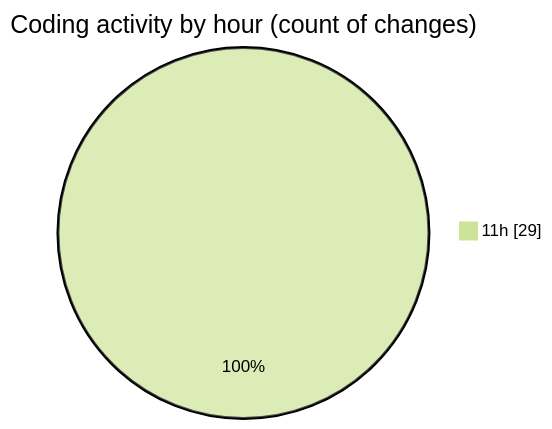
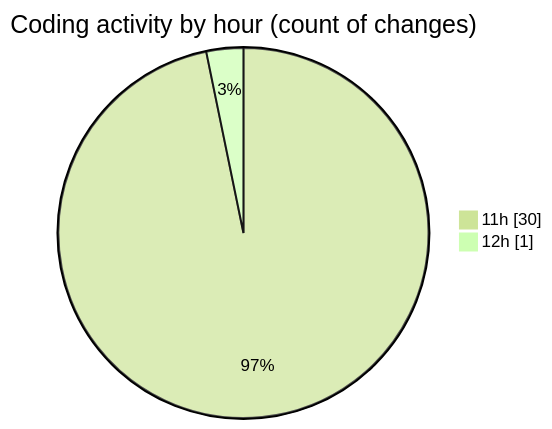
The second of 2 diagrams in 2025-08-25/studybuddy/README.md (lephambinh05/code-tracking), drawn with Mermaid (forest theme) before and after one commit. The commit also changed other lines of this file and 1 other file, not shown here.

````diff
--- a/2025-08-25/studybuddy/README.md
+++ b/2025-08-25/studybuddy/README.md
@@ -43,5 +45,6 @@
 ```mermaid
 pie showData
 title Coding activity by hour (count of changes)
-"11h" : 29
+"11h" : 30
+"12h" : 1
 ```
````
